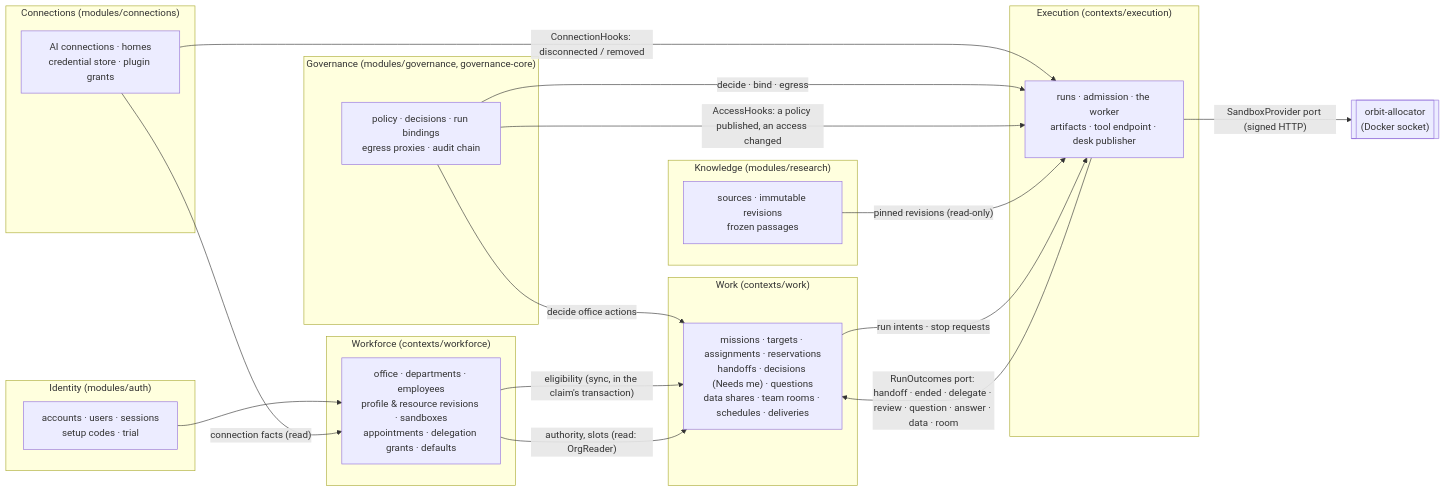
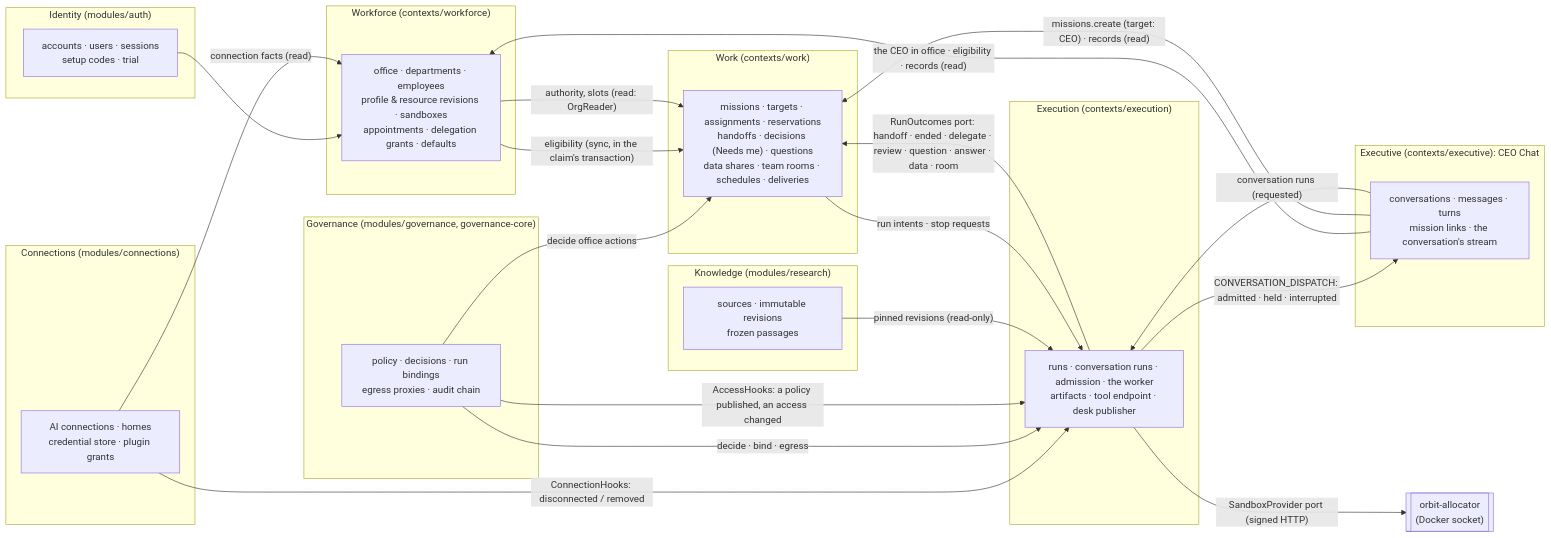
The first of 4 diagrams in integrations/orbit-web/docs/office.md (cuongngoht/orbit), drawn with Mermaid before and after one commit. The commit also changed other lines of this file and 26 other files, not shown here.

First line of the commit message:
feat: Enhance CEO Chat functionality and related UI components

````diff
--- a/integrations/orbit-web/docs/office.md
+++ b/integrations/orbit-web/docs/office.md
@@ -9,38 +9,45 @@
 ```mermaid
 flowchart LR
   subgraph identity["Identity (modules/auth)"]
     accounts["accounts · users · sessions<br/>setup codes · trial"]
   end
   subgraph connections["Connections (modules/connections)"]
     conn["AI connections · homes<br/>credential store · plugin grants"]
   end
   subgraph governance["Governance (modules/governance, governance-core)"]
     policy["policy · decisions · run bindings<br/>egress proxies · audit chain"]
   end
   subgraph research["Knowledge (modules/research)"]
     sources["sources · immutable revisions<br/>frozen passages"]
   end
   subgraph workforce["Workforce (contexts/workforce)"]
     office["office · departments · employees<br/>profile & resource revisions · sandboxes<br/>appointments · delegation grants · defaults"]
   end
   subgraph work["Work (contexts/work)"]
     missions["missions · targets · assignments · reservations<br/>handoffs · decisions (Needs me) · questions<br/>data shares · team rooms · schedules · deliveries"]
   end
   subgraph execution["Execution (contexts/execution)"]
-    runs["runs · admission · the worker<br/>artifacts · tool endpoint · desk publisher"]
+    runs["runs · conversation runs · admission · the worker<br/>artifacts · tool endpoint · desk publisher"]
+  end
+  subgraph executive["Executive (contexts/executive): CEO Chat"]
+    chat["conversations · messages · turns<br/>mission links · the conversation's stream"]
   end
   allocator[["orbit-allocator<br/>(Docker socket)"]]
 
   accounts --> office
   conn -->|"connection facts (read)"| office
   conn -->|"ConnectionHooks: disconnected / removed"| runs
   policy -->|"decide · bind · egress"| runs
   policy -->|"decide office actions"| missions
   policy -->|"AccessHooks: a policy published, an access changed"| runs
   sources -->|"pinned revisions (read-only)"| runs
   office -->|"eligibility (sync, in the claim's transaction)"| missions
   office -->|"authority, slots (read: OrgReader)"| missions
   missions -->|"run intents · stop requests"| runs
   runs -->|"RunOutcomes port: handoff · ended · delegate · review · question · answer · data · room"| missions
   runs -->|"SandboxProvider port (signed HTTP)"| allocator
+  chat -->|"the CEO in office · eligibility · records (read)"| office
+  chat -->|"missions.create (target: CEO) · records (read)"| missions
+  chat -->|"conversation runs (requested)"| runs
+  runs -->|"CONVERSATION_DISPATCH: admitted · held · interrupted"| chat
 ```
````
